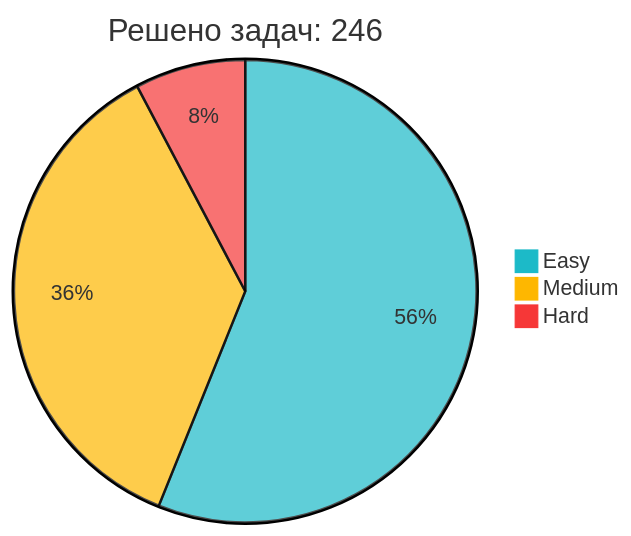
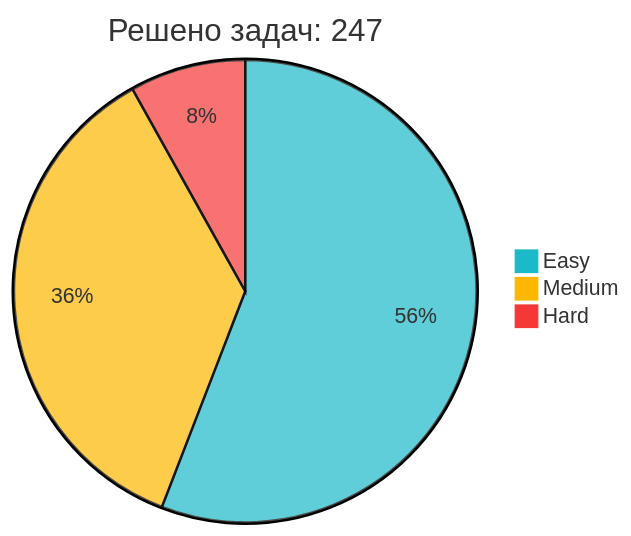
The diagram in README.md (IliaKurdukov/IliaKurdukov), drawn with Mermaid before and after one commit. The commit also changed other lines of this file, not shown here.

Commit message:
📈 Обновление статистики LeetCode

````diff
--- a/README.md
+++ b/README.md
@@ -51,7 +51,7 @@
 ```mermaid
 %%{init: {'theme': 'base', 'themeVariables': { 'pie1': '#1CBAC8', 'pie2': '#FEB700', 'pie3': '#F63737' }, 'config': {'width': 300, 'height': 200}}}%%
-pie title Решено задач: 246
+pie title Решено задач: 247
    "Easy" : 138
    "Medium" : 89
-   "Hard" : 19
+   "Hard" : 20
 ```
````
